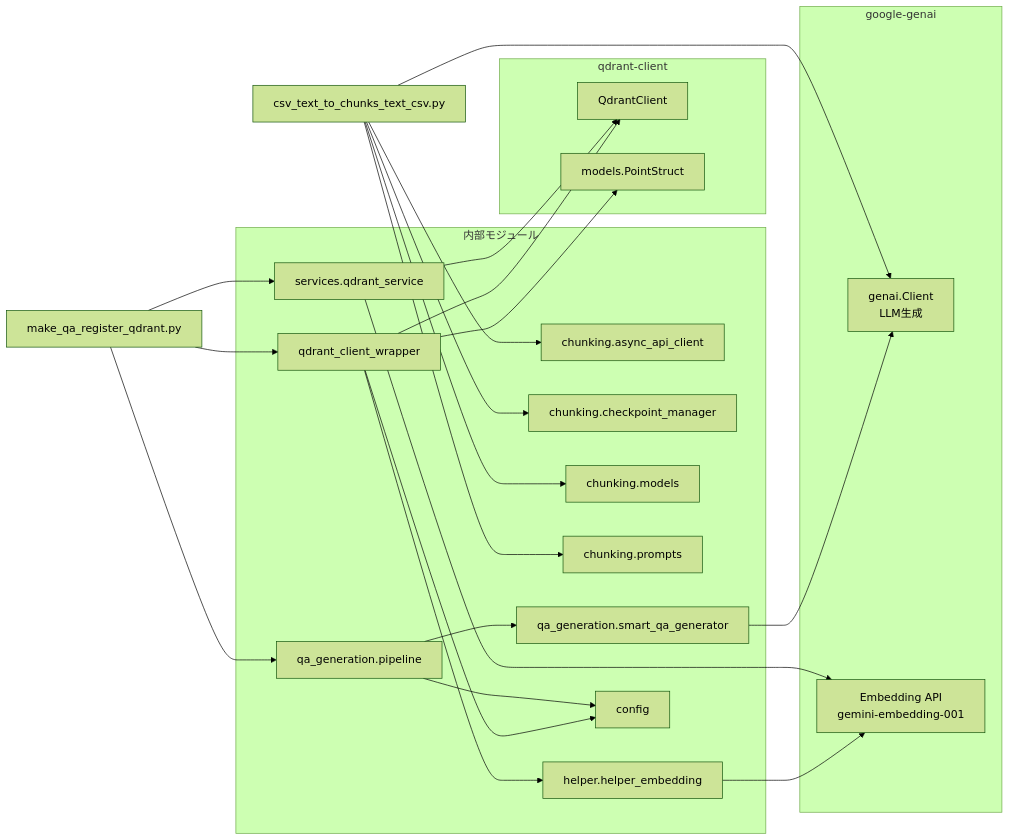
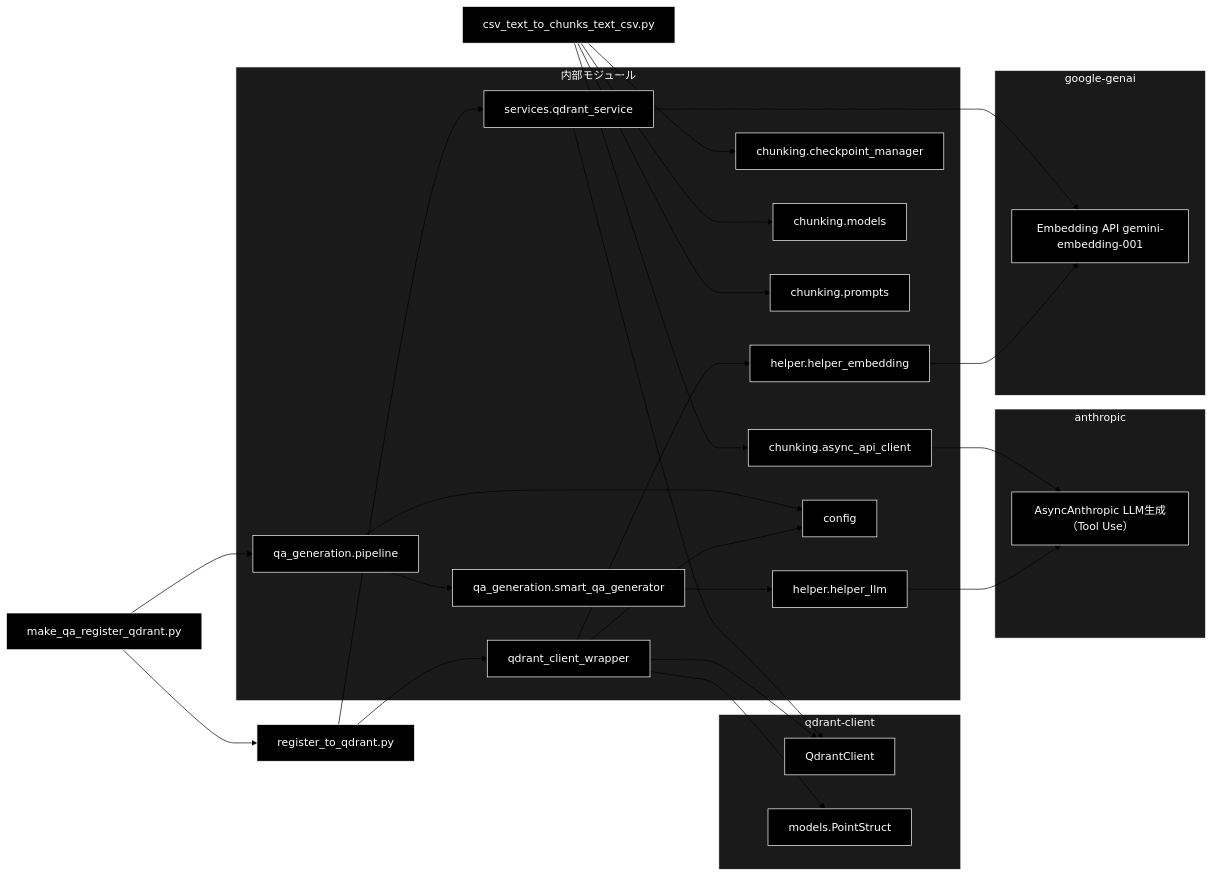
One commit to nakashima2toshio/anthropic_grace_agent_v2 changed the fifth of 5 diagrams in readme_rag.md. Above: the diagram before and after it, drawn with Mermaid (forest theme). The commit also changed other lines of this file and 5 other files, not shown here.

````diff
--- a/readme_rag.md
+++ b/readme_rag.md
@@ -1265,48 +1370,60 @@
 ```mermaid
 flowchart LR
     CHUNK["csv_text_to_chunks_text_csv.py"]
     MAKE_QA["make_qa_register_qdrant.py"]
+    REG["register_to_qdrant.py"]
+
+    subgraph ANTHROPIC["anthropic"]
+        ANT_LLM["AsyncAnthropic LLM生成（Tool Use）"]
+    end
 
     subgraph GOOGLE["google-genai"]
-        GENAI_LLM[genai.Client<br/>LLM生成]
-        GENAI_EMB[Embedding API<br/>gemini-embedding-001]
+        GENAI_EMB["Embedding API gemini-embedding-001"]
     end
 
     subgraph QDRANT_LIB["qdrant-client"]
-        QC[QdrantClient]
-        QM[models.PointStruct]
+        QC["QdrantClient"]
+        QM["models.PointStruct"]
     end
 
     subgraph INTERNAL["内部モジュール"]
-        ASYNC_CLI[chunking.async_api_client]
-        CHECKPOINT[chunking.checkpoint_manager]
-        MODELS[chunking.models]
-        PROMPTS[chunking.prompts]
-        PIPELINE[qa_generation.pipeline]
-        SMART_QA[qa_generation.smart_qa_generator]
-        QDRANT_SVC[services.qdrant_service]
-        QDRANT_WRAP[qdrant_client_wrapper]
-        HELPER_EMB[helper.helper_embedding]
-        CONFIG[config]
+        ASYNC_CLI["chunking.async_api_client"]
+        CHECKPOINT["chunking.checkpoint_manager"]
+        MODELS["chunking.models"]
+        PROMPTS["chunking.prompts"]
+        PIPELINE["qa_generation.pipeline"]
+        SMART_QA["qa_generation.smart_qa_generator"]
+        QDRANT_SVC["services.qdrant_service"]
+        QDRANT_WRAP["qdrant_client_wrapper"]
+        HELPER_EMB["helper.helper_embedding"]
+        HELPER_LLM["helper.helper_llm"]
+        CONFIG["config"]
     end
 
-    CHUNK --> GENAI_LLM
-    CHUNK --> ASYNC_CLI
+    CHUNK --> ASYNC_CLI --> ANT_LLM
     CHUNK --> CHECKPOINT
     CHUNK --> MODELS
     CHUNK --> PROMPTS
 
     MAKE_QA --> PIPELINE
-    MAKE_QA --> QDRANT_SVC
-    MAKE_QA --> QDRANT_WRAP
+    MAKE_QA --> REG
+    REG --> QDRANT_SVC
+    REG --> QDRANT_WRAP
 
-    PIPELINE --> SMART_QA --> GENAI_LLM
+    PIPELINE --> SMART_QA --> HELPER_LLM --> ANT_LLM
     QDRANT_SVC --> GENAI_EMB
     QDRANT_SVC --> QC
     QDRANT_WRAP --> HELPER_EMB --> GENAI_EMB
     QDRANT_WRAP --> QC
     QDRANT_WRAP --> QM
 
     PIPELINE --> CONFIG
     QDRANT_WRAP --> CONFIG
+classDef default fill:#000,stroke:#fff,color:#fff
+classDef subgraphStyle fill:#1a1a1a,stroke:#fff,color:#fff
+class CHUNK,MAKE_QA,REG,ANT_LLM,GENAI_EMB,QC,QM,ASYNC_CLI,CHECKPOINT,MODELS,PROMPTS,PIPELINE,SMART_QA,QDRANT_SVC,QDRANT_WRAP,HELPER_EMB,HELPER_LLM,CONFIG default
+style ANTHROPIC fill:#1a1a1a,stroke:#fff,color:#fff
+style GOOGLE fill:#1a1a1a,stroke:#fff,color:#fff
+style QDRANT_LIB fill:#1a1a1a,stroke:#fff,color:#fff
+style INTERNAL fill:#1a1a1a,stroke:#fff,color:#fff
 ```
````
